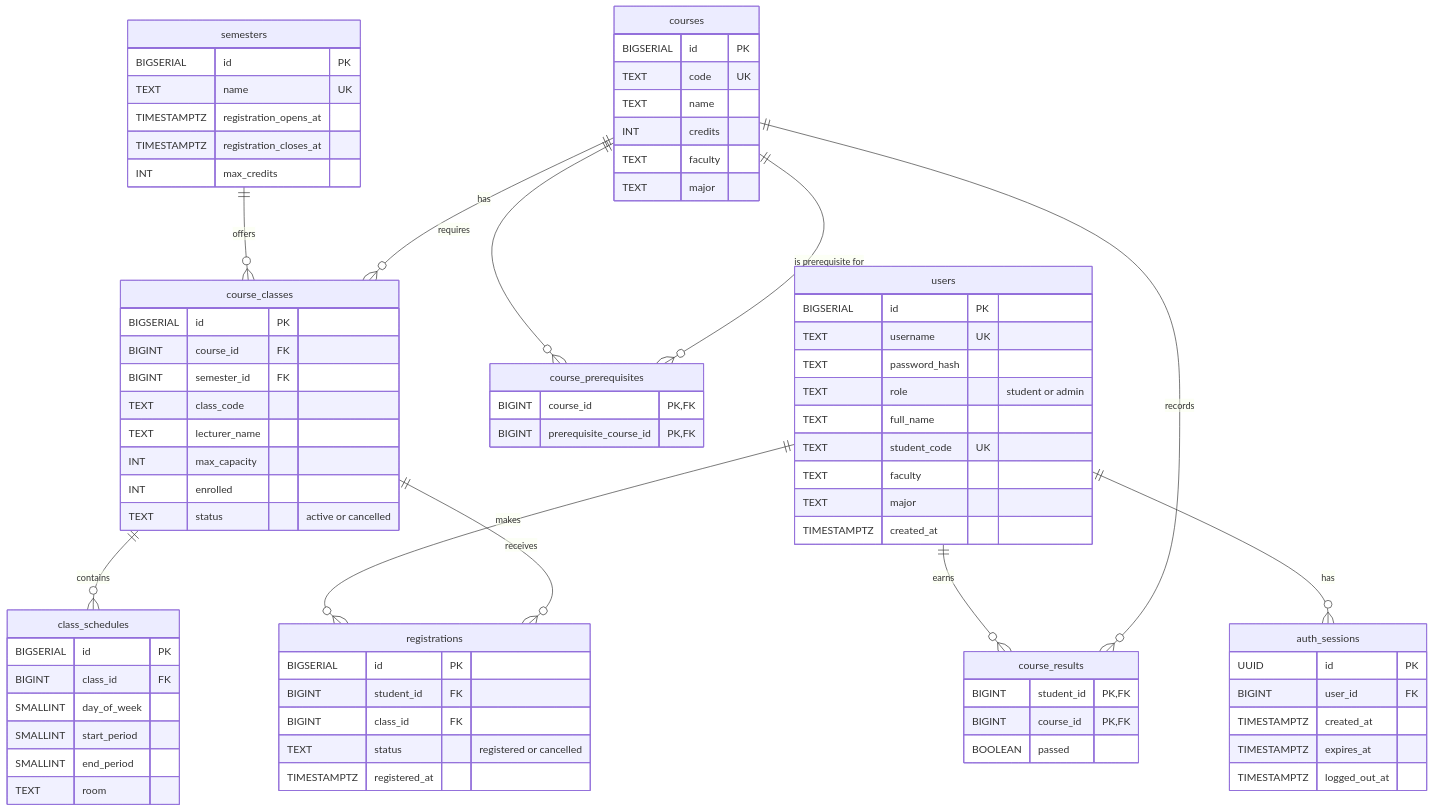
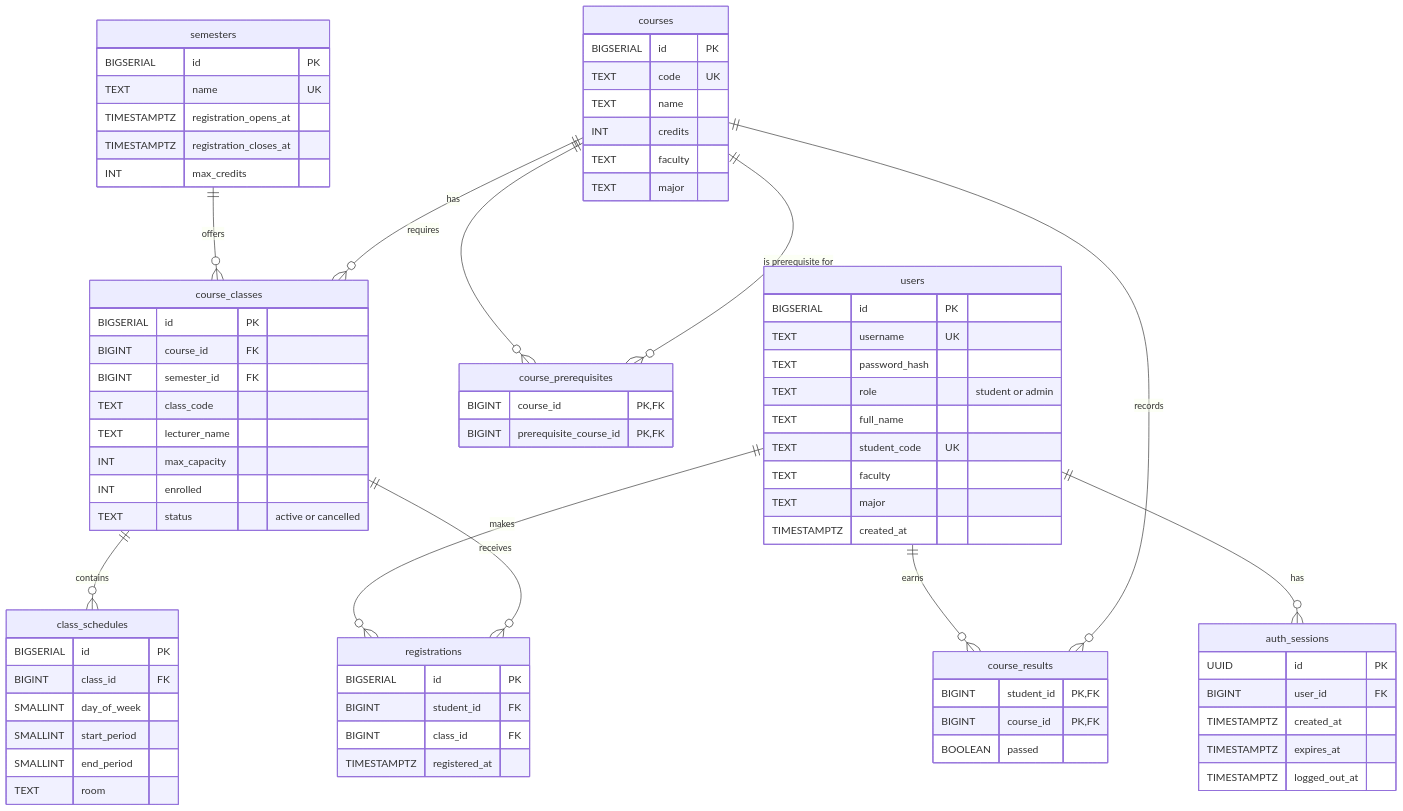
The diagram in database/docs/schema.mmd (Akapi895/course-registration), drawn with Mermaid before and after one commit. The commit also changed 10 other files, not shown here.

```diff
--- a/database/docs/schema.mmd
+++ b/database/docs/schema.mmd
@@ -1,89 +1,88 @@
 erDiagram
     users {
         BIGSERIAL id PK
         TEXT username UK
         TEXT password_hash
         TEXT role "student or admin"
         TEXT full_name
         TEXT student_code UK
         TEXT faculty
         TEXT major
         TIMESTAMPTZ created_at
     }
 
     semesters {
         BIGSERIAL id PK
         TEXT name UK
         TIMESTAMPTZ registration_opens_at
         TIMESTAMPTZ registration_closes_at
         INT max_credits
     }
 
     courses {
         BIGSERIAL id PK
         TEXT code UK
         TEXT name
         INT credits
         TEXT faculty
         TEXT major
     }
 
     course_prerequisites {
         BIGINT course_id PK, FK
         BIGINT prerequisite_course_id PK, FK
     }
 
     course_classes {
         BIGSERIAL id PK
         BIGINT course_id FK
         BIGINT semester_id FK
         TEXT class_code
         TEXT lecturer_name
         INT max_capacity
         INT enrolled
         TEXT status "active or cancelled"
     }
 
     class_schedules {
         BIGSERIAL id PK
         BIGINT class_id FK
         SMALLINT day_of_week
         SMALLINT start_period
         SMALLINT end_period
         TEXT room
     }
 
     registrations {
         BIGSERIAL id PK
         BIGINT student_id FK
         BIGINT class_id FK
-        TEXT status "registered or cancelled"
         TIMESTAMPTZ registered_at
     }
 
     auth_sessions {
         UUID id PK
         BIGINT user_id FK
         TIMESTAMPTZ created_at
         TIMESTAMPTZ expires_at
         TIMESTAMPTZ logged_out_at
     }
 
     course_results {
         BIGINT student_id PK, FK
         BIGINT course_id PK, FK
         BOOLEAN passed
     }
 
     users ||--o{ auth_sessions : "has"
     users ||--o{ registrations : "makes"
     users ||--o{ course_results : "earns"
 
     semesters ||--o{ course_classes : "offers"
     courses ||--o{ course_classes : "has"
     course_classes ||--o{ class_schedules : "contains"
     course_classes ||--o{ registrations : "receives"
 
     courses ||--o{ course_results : "records"
     courses ||--o{ course_prerequisites : "requires"
     courses ||--o{ course_prerequisites : "is prerequisite for"
```
